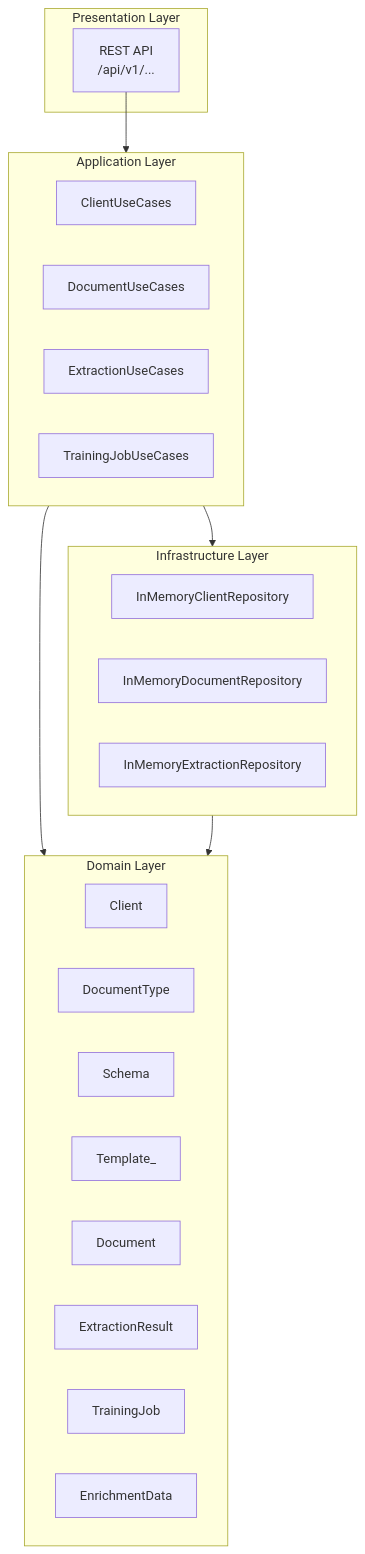
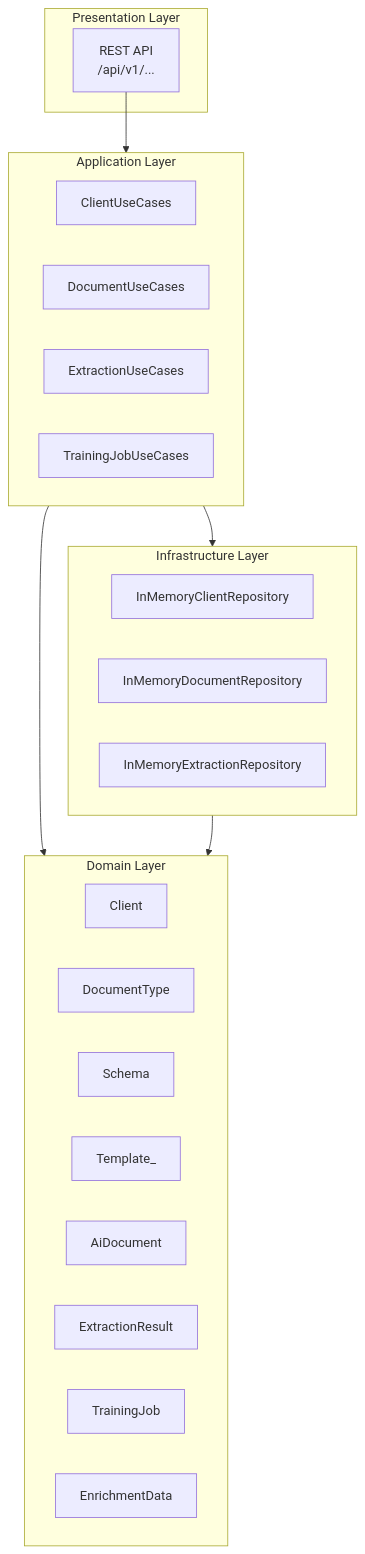
One commit to UIMSolutions/uim-platform changed the second of 3 diagrams in document-ai/docs/uml.md. Above: the diagram before and after it, drawn with Mermaid. The commit also changed other lines of this file and 57 other files, not shown here.

````diff
--- a/document-ai/docs/uml.md
+++ b/document-ai/docs/uml.md
@@ -79,32 +79,32 @@
 ```mermaid
 flowchart TB
     subgraph Presentation["Presentation Layer"]
         REST["REST API\n/api/v1/..."]
     end
     subgraph Application["Application Layer"]
         CLIENT_UC["ClientUseCases"]
         DOC_UC["DocumentUseCases"]
         EXTRACT_UC["ExtractionUseCases"]
         TRAIN_UC["TrainingJobUseCases"]
     end
     subgraph Domain["Domain Layer"]
         CLIENT["Client"]
         DOCTYPE["DocumentType"]
         SCHEMA["Schema"]
         TMPL["Template_"]
-        DOC["Document"]
+        DOC["AiDocument"]
         RESULT["ExtractionResult"]
         JOB["TrainingJob"]
         ENRICH["EnrichmentData"]
     end
     subgraph Infrastructure["Infrastructure Layer"]
         CLIENT_REPO["InMemoryClientRepository"]
         DOC_REPO["InMemoryDocumentRepository"]
         RESULT_REPO["InMemoryExtractionRepository"]
     end
 
     REST --> Application
     Application --> Domain
     Infrastructure --> Domain
     Application --> Infrastructure
 ```
````
